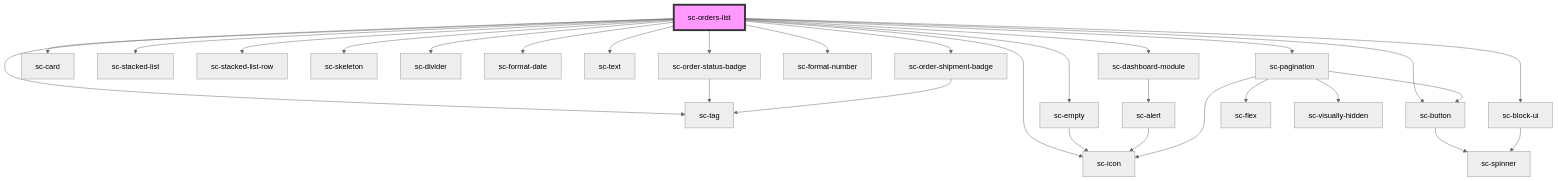
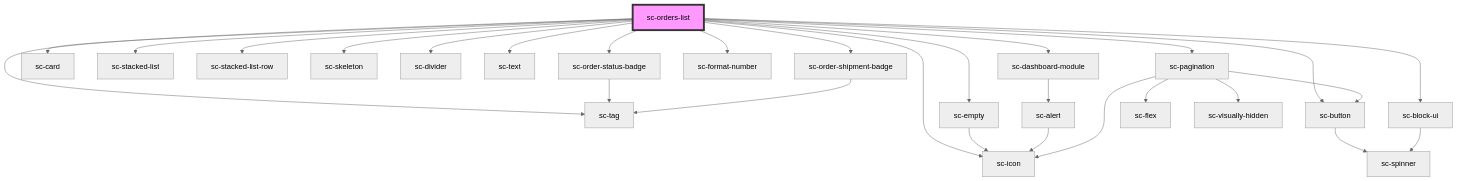
One commit to surecart/surecart-wp-plugin changed the diagram in packages/components/src/components/controllers/dashboard/orders-list/readme.md. Above: the diagram before and after it, drawn with Mermaid (neutral theme). The commit also changed other lines of this file and 52 other files, not shown here.

````diff
--- a/packages/components/src/components/controllers/dashboard/orders-list/readme.md
+++ b/packages/components/src/components/controllers/dashboard/orders-list/readme.md
@@ -41,32 +40,31 @@
 ```mermaid
 graph TD;
   sc-orders-list --> sc-tag
   sc-orders-list --> sc-order-status-badge
   sc-orders-list --> sc-card
   sc-orders-list --> sc-stacked-list
   sc-orders-list --> sc-stacked-list-row
   sc-orders-list --> sc-skeleton
   sc-orders-list --> sc-divider
   sc-orders-list --> sc-empty
-  sc-orders-list --> sc-format-date
   sc-orders-list --> sc-text
   sc-orders-list --> sc-order-shipment-badge
   sc-orders-list --> sc-format-number
   sc-orders-list --> sc-dashboard-module
   sc-orders-list --> sc-button
   sc-orders-list --> sc-icon
   sc-orders-list --> sc-pagination
   sc-orders-list --> sc-block-ui
   sc-order-status-badge --> sc-tag
   sc-empty --> sc-icon
   sc-order-shipment-badge --> sc-tag
   sc-dashboard-module --> sc-alert
   sc-alert --> sc-icon
   sc-button --> sc-spinner
   sc-pagination --> sc-flex
   sc-pagination --> sc-button
   sc-pagination --> sc-visually-hidden
   sc-pagination --> sc-icon
   sc-block-ui --> sc-spinner
   style sc-orders-list fill:#f9f,stroke:#333,stroke-width:4px
 ```
````
